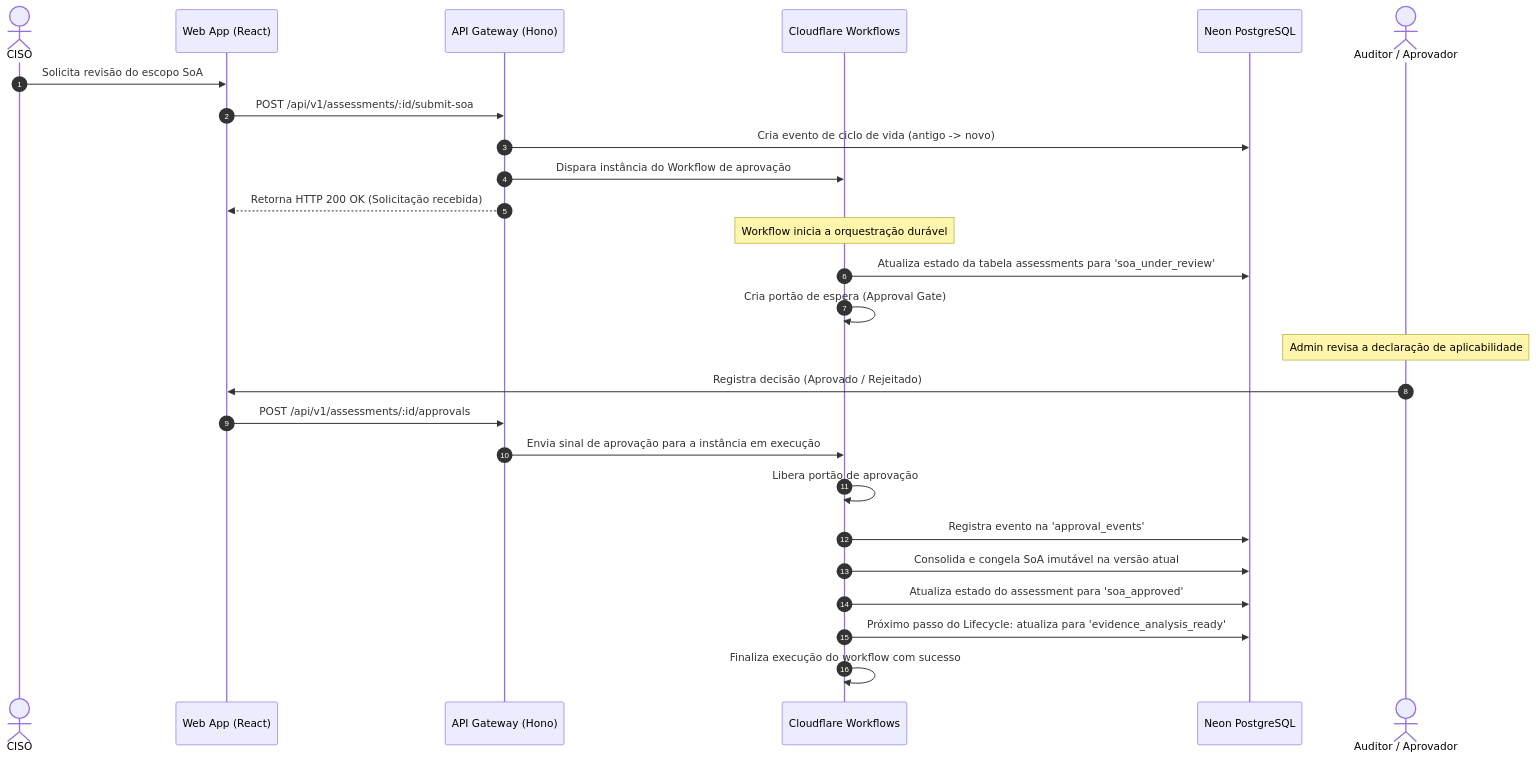
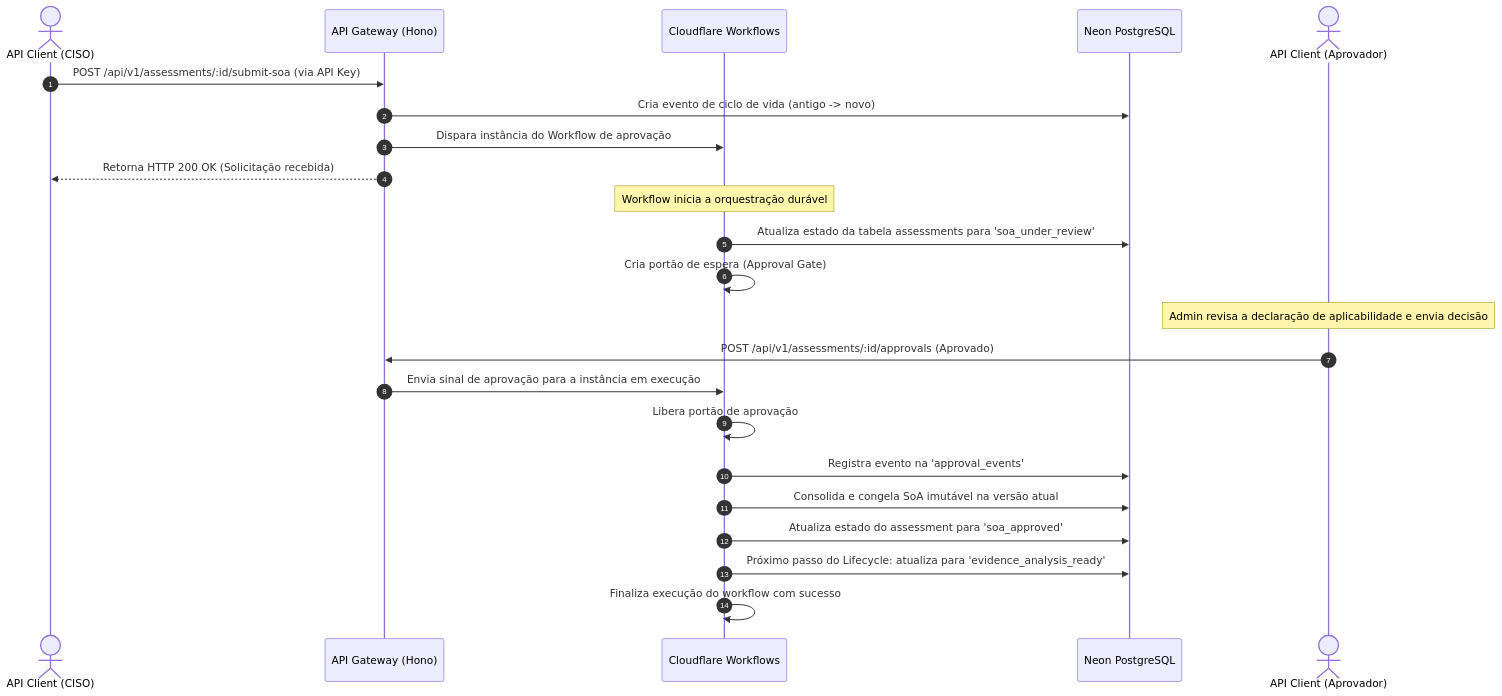
One commit to resper1965/standard-api changed the fourth of 5 diagrams in docs/architecture/arc42.md. Above: the diagram before and after it, drawn with Mermaid. The commit also changed other lines of this file and 161 other files, not shown here.

````diff
--- a/docs/architecture/arc42.md
+++ b/docs/architecture/arc42.md
@@ -224,31 +223,28 @@
 ```mermaid
 sequenceDiagram
     autonumber
-    actor CISO
-    participant Web as Web App (React)
+    actor CISO as API Client (CISO)
     participant GW as API Gateway (Hono)
     participant WF as Cloudflare Workflows
     participant DB as Neon PostgreSQL
-    actor Admin as Auditor / Aprovador
+    actor Admin as API Client (Aprovador)
 
-    CISO->>Web: Solicita revisão do escopo SoA
-    Web->>GW: POST /api/v1/assessments/:id/submit-soa
+    CISO->>GW: POST /api/v1/assessments/:id/submit-soa (via API Key)
     GW->>DB: Cria evento de ciclo de vida (antigo -> novo)
     GW->>WF: Dispara instância do Workflow de aprovação
-    GW-->>Web: Retorna HTTP 200 OK (Solicitação recebida)
+    GW-->>CISO: Retorna HTTP 200 OK (Solicitação recebida)
     
     Note over WF: Workflow inicia a orquestração durável
     WF->>DB: Atualiza estado da tabela assessments para 'soa_under_review'
     WF->>WF: Cria portão de espera (Approval Gate)
     
-    Note over Admin: Admin revisa a declaração de aplicabilidade
-    Admin->>Web: Registra decisão (Aprovado / Rejeitado)
-    Web->>GW: POST /api/v1/assessments/:id/approvals
+    Note over Admin: Admin revisa a declaração de aplicabilidade e envia decisão
+    Admin->>GW: POST /api/v1/assessments/:id/approvals (Aprovado)
     GW->>WF: Envia sinal de aprovação para a instância em execução
     WF->>WF: Libera portão de aprovação
     WF->>DB: Registra evento na 'approval_events'
     WF->>DB: Consolida e congela SoA imutável na versão atual
     WF->>DB: Atualiza estado do assessment para 'soa_approved'
     WF->>DB: Próximo passo do Lifecycle: atualiza para 'evidence_analysis_ready'
     WF->>WF: Finaliza execução do workflow com sucesso
 ```
````
